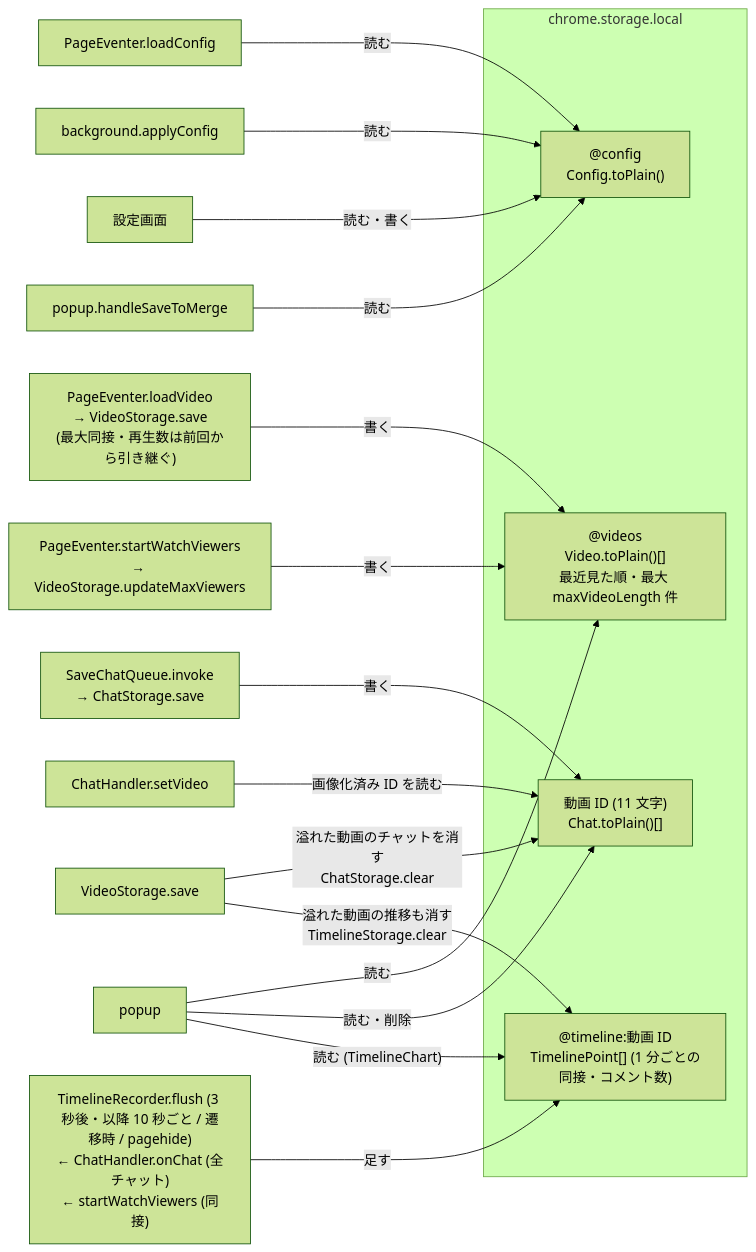
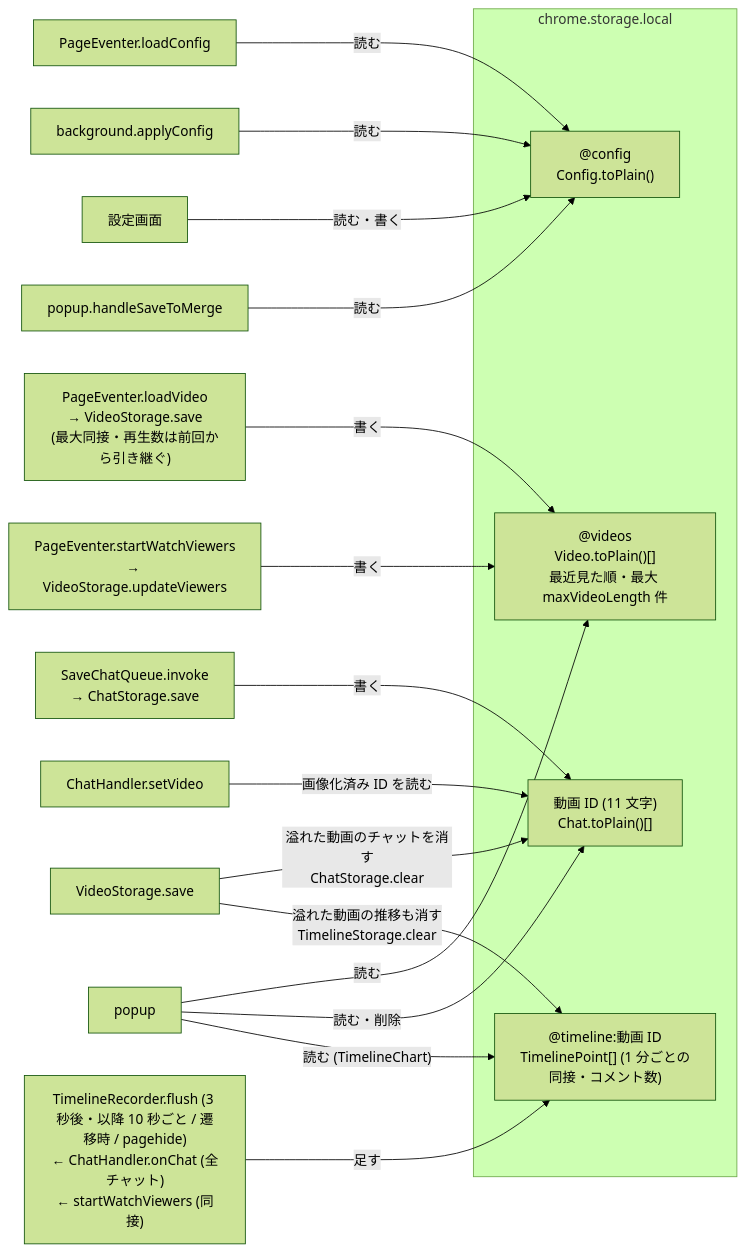
Diagram 13 of 14 in ARCHITECTURE.md (mbs-code/youtube_chat_recorder), drawn with Mermaid (forest theme) before and after one commit. The commit also changed other lines of this file and 7 other files, not shown here.

````diff
--- a/ARCHITECTURE.md
+++ b/ARCHITECTURE.md
@@ -416,27 +416,27 @@
 ```mermaid
 flowchart LR
   subgraph S["chrome.storage.local"]
     K1["@config<br/>Config.toPlain()"]
     K2["@videos<br/>Video.toPlain()[]<br/>最近見た順・最大 maxVideoLength 件"]
     K3["動画 ID (11 文字)<br/>Chat.toPlain()[]"]
     K4["@timeline:動画 ID<br/>TimelinePoint[] (1 分ごとの同接・コメント数)"]
   end
 
   PE["PageEventer.loadConfig"] -- "読む" --> K1
   BGA["background.applyConfig"] -- "読む" --> K1
   OPT["設定画面"] -- "読む・書く" --> K1
   POPS["popup.handleSaveToMerge"] -- "読む" --> K1
 
   LV["PageEventer.loadVideo<br/>→ VideoStorage.save<br/>(最大同接・再生数は前回から引き継ぐ)"] -- "書く" --> K2
-  WV["PageEventer.startWatchViewers<br/>→ VideoStorage.updateMaxViewers"] -- "書く" --> K2
+  WV["PageEventer.startWatchViewers<br/>→ VideoStorage.updateViewers"] -- "書く" --> K2
   VSS["VideoStorage.save"] -- "溢れた動画のチャットを消す<br/>ChatStorage.clear" --> K3
   POP["popup"] -- "読む" --> K2
 
   SQ["SaveChatQueue.invoke<br/>→ ChatStorage.save"] -- "書く" --> K3
   CH["ChatHandler.setVideo"] -- "画像化済み ID を読む" --> K3
   POP -- "読む・削除" --> K3
 
   TR["TimelineRecorder.flush (3 秒後・以降 10 秒ごと / 遷移時 / pagehide)<br/>← ChatHandler.onChat (全チャット)<br/>← startWatchViewers (同接)"] -- "足す" --> K4
   VSS -- "溢れた動画の推移も消す<br/>TimelineStorage.clear" --> K4
   POP -- "読む (TimelineChart)" --> K4
 ```
````
